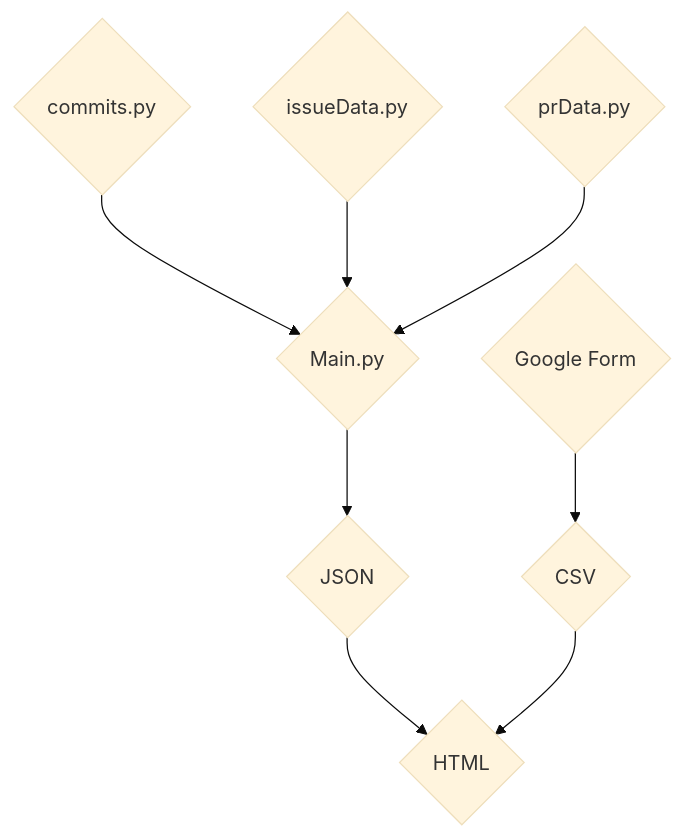
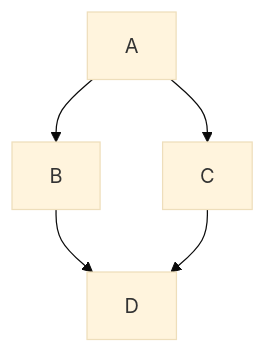
One commit to oss-slu/oss_dev_analytics changed the diagram in overarchingArchitecture.mmd. Above: the diagram before and after it, drawn with Mermaid (base theme). The commit also changed other lines of this file, not shown here.

Commit message:
Updating mermaid to get it to display in github

````diff
--- a/overarchingArchitecture.mmd
+++ b/overarchingArchitecture.mmd
@@ -1,18 +2,7 @@
 ```mermaid
-flowchart TD;
-    A{HTML};
-    B{CSV};
-    C{JSON};
-    D{Google Form};
-    E{Main.py};
-    F{commits.py};
-    G{issueData.py};
-    H{prData.py};
-    F --> E;
-    G --> E;
-    H --> E;
-    E-->C;
-    C --> A;
-    B --> A;
-    D --> B;
+  graph TD;
+      A-->B;
+      A-->C;
+      B-->D;
+      C-->D;
 ```
````
